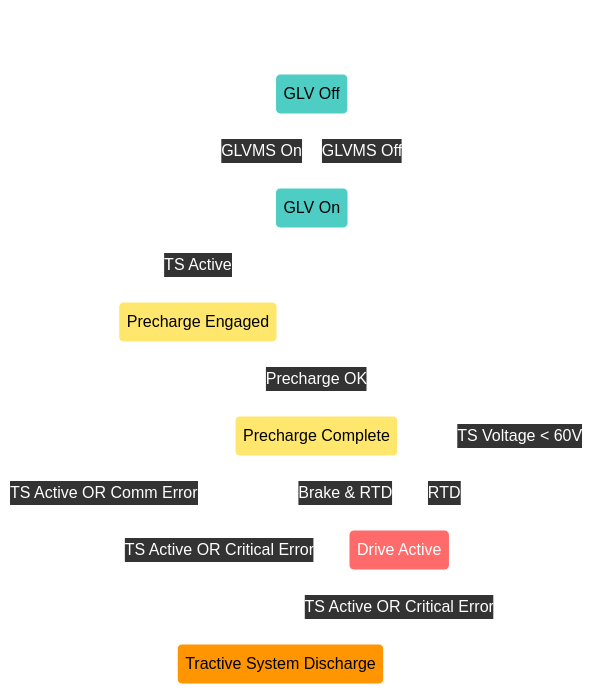
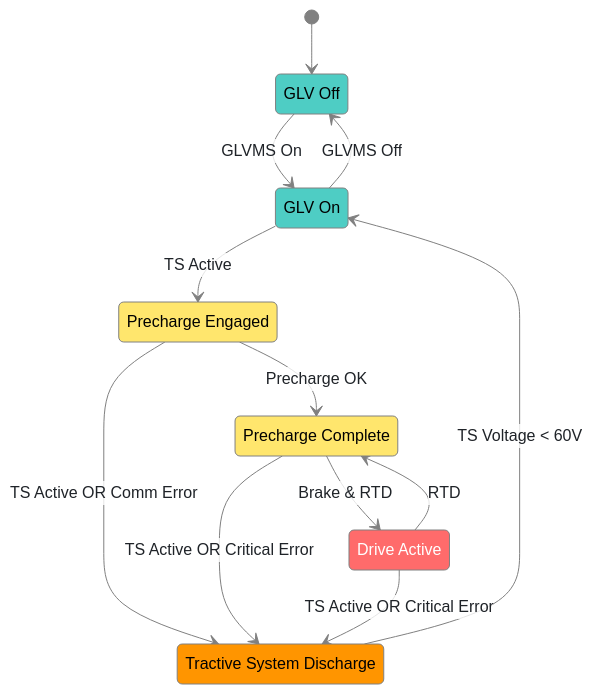
Before and after one commit to Gaucho-Racing/Firmware: the diagram in Lib/GlobalShare/StateMachine.md, drawn with Mermaid.

First paragraph of the commit message:
Fix State Machine Diagram for GitHub Light Mode (#102)
# Light Mode State Machine Diagram

````diff
--- a/Lib/GlobalShare/StateMachine.md
+++ b/Lib/GlobalShare/StateMachine.md
@@ -9,68 +9,67 @@
 ```mermaid
 %%{init: {
   'theme': 'base',
   'themeVariables': {
     'primaryColor': '#ff6b6b',
-    'primaryTextColor': '#ffffff',
-    'primaryBorderColor': '#ff6b6b',
-    'lineColor': '#ffffff',
-    'edgeLabelBackground': 'rgba(0,0,0,0.8)',
-    'transitionColor': '#ffffff',
-    'transitionLabelColor': '#ffffff',
+    'primaryTextColor': '#1f2328',
+    'lineColor': '#808080',
+    'edgeLabelBackground': 'rgba(255,255,255,0.8)',
+    'transitionLabelColor': '#1f2328',
     'secondaryColor': '#4ecdc4',
     'tertiaryColor': '#ffe66d',
-    'background': '#000000',
-    'mainBkg': '#000000',
-    'secondBkg': '#000000',
-    'tertiaryBkg': '#000000'
-  }
+    'background': 'transparent',
+    'mainBkg': 'transparent',
+    'secondBkg': 'transparent',
+    'tertiaryBkg': 'transparent'
+  },
+  'themeCSS': '.transition { stroke: #808080; } marker path { fill: #808080; stroke: #808080; }'
 }}%%
 
 stateDiagram
 
     [*] --> GLV_Off
 
     %% Main horizontal flow (top row)
     GLV_Off --> GLV_On : GLVMS On
     GLV_On --> GLV_Off : GLVMS Off
     GLV_On --> Precharge_Engaged : TS Active
     Precharge_Engaged --> Precharge_Complete : Precharge OK
     Precharge_Complete --> Drive_Active : Brake & RTD
 
     %% Normal Operation Cycle (horizontal)
     Drive_Active --> Precharge_Complete : RTD
 
     %% Discharge state positioned below
     GLV_Off
     GLV_On
     Precharge_Engaged
     Precharge_Complete
     Drive_Active
     Tractive_System_Discharge
 
     %% Downward transitions to discharge
     Precharge_Engaged --> Tractive_System_Discharge : TS Active OR Comm Error
     Precharge_Complete --> Tractive_System_Discharge : TS Active OR Critical Error
     Drive_Active --> Tractive_System_Discharge : TS Active OR Critical Error
 
     %% Return upward from discharge
     Tractive_System_Discharge --> GLV_On : TS Voltage < 60V
 
     %% State Descriptions
     GLV_Off : GLV Off
     GLV_On : GLV On
     Precharge_Engaged : Precharge Engaged
     Precharge_Complete : Precharge Complete
     Drive_Active : Drive Active
     Tractive_System_Discharge : Tractive System Discharge
 
-    classDef safeState fill:#4ecdc4,stroke:#ffffff,stroke-width:1px,color:#000
-    classDef hvState fill:#ff6b6b,stroke:#ffffff,stroke-width:1px,color:#fff
-    classDef transitionState fill:#ffe66d,stroke:#ffffff,stroke-width:1px,color:#000
-    classDef dischargeState fill:#ff9500,stroke:#ffffff,stroke-width:1px,color:#000
+    classDef safeState fill:#4ecdc4,stroke:#808080,stroke-width:1px,color:#000
+    classDef hvState fill:#ff6b6b,stroke:#808080,stroke-width:1px,color:#fff
+    classDef transitionState fill:#ffe66d,stroke:#808080,stroke-width:1px,color:#000
+    classDef dischargeState fill:#ff9500,stroke:#808080,stroke-width:1px,color:#000
 
     class GLV_Off,GLV_On safeState
     class Drive_Active hvState
     class Precharge_Engaged,Precharge_Complete transitionState
     class Tractive_System_Discharge dischargeState
 ```
````
